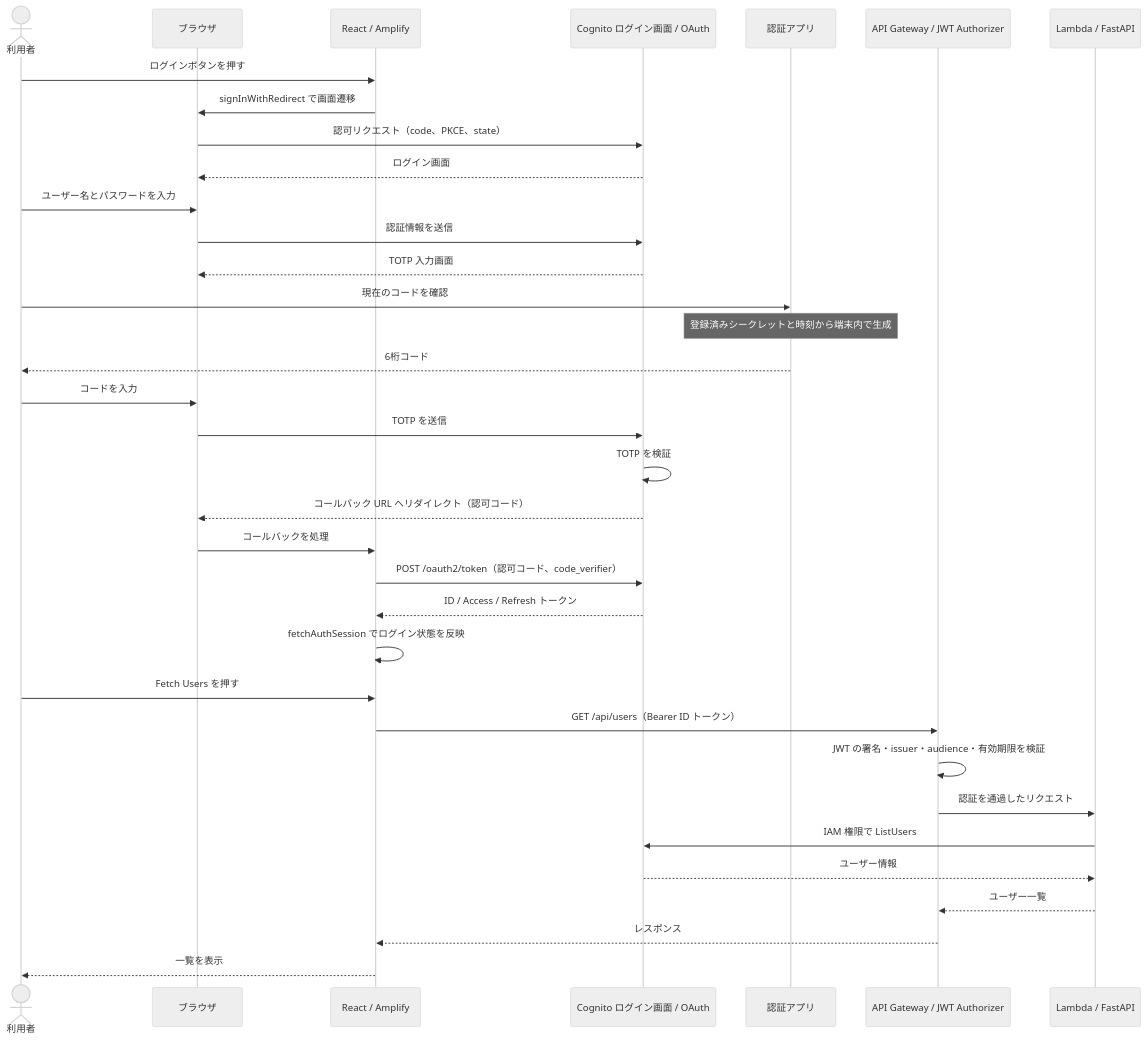
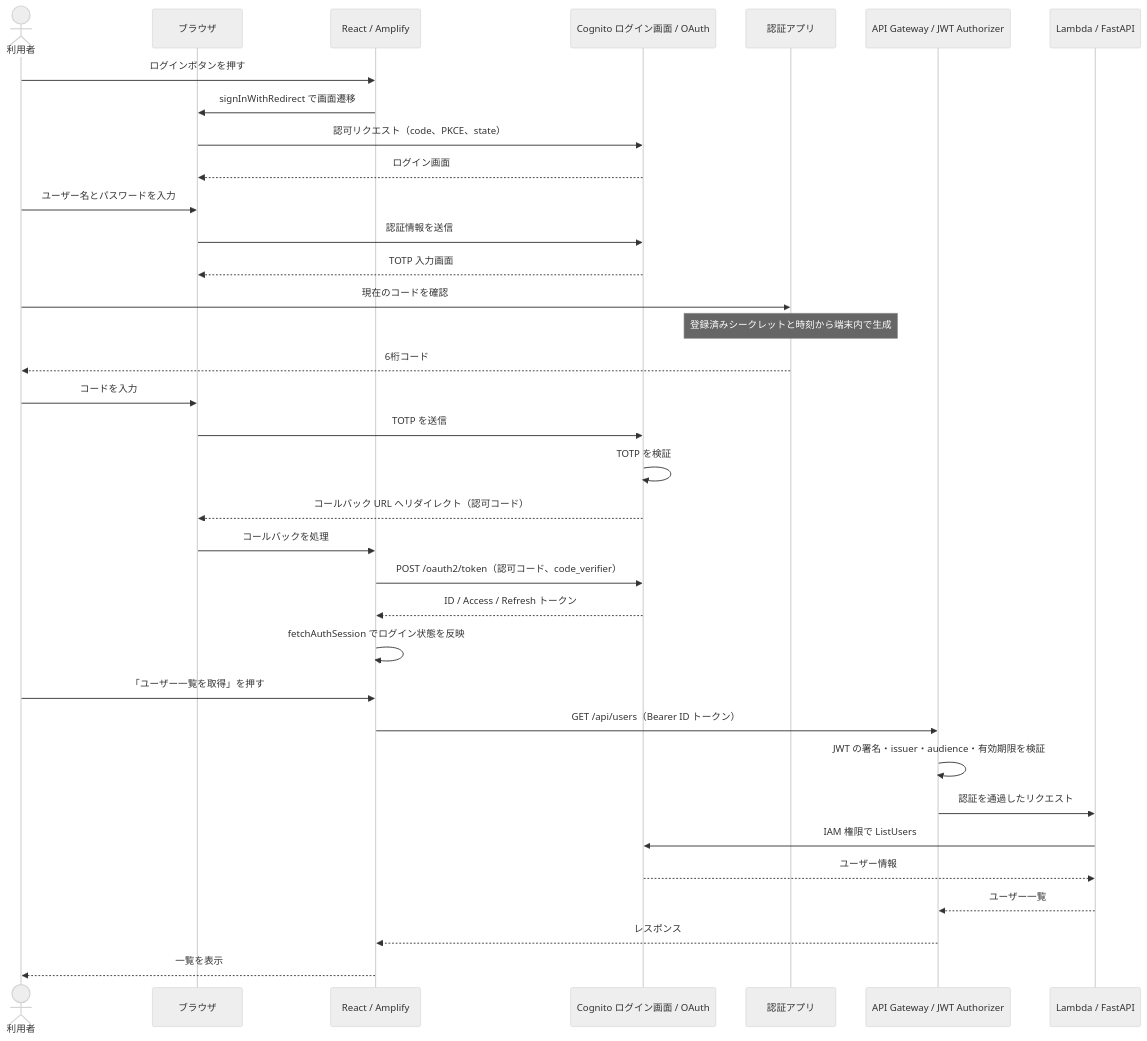
The third of 7 diagrams in docs/mfa-flows.md (tayutaedomo/react-cognito-sandbox), drawn with Mermaid (neutral theme) before and after one commit. The commit also changed other lines of this file and 8 other files, not shown here.

````diff
--- a/docs/mfa-flows.md
+++ b/docs/mfa-flows.md
@@ -93,38 +93,38 @@
 ```mermaid
 sequenceDiagram
     actor U as 利用者
     participant B as ブラウザ
     participant R as React / Amplify
     participant C as Cognito ログイン画面 / OAuth
     participant T as 認証アプリ
     participant G as API Gateway / JWT Authorizer
     participant L as Lambda / FastAPI
 
     U->>R: ログインボタンを押す
     R->>B: signInWithRedirect で画面遷移
     B->>C: 認可リクエスト（code、PKCE、state）
     C-->>B: ログイン画面
     U->>B: ユーザー名とパスワードを入力
     B->>C: 認証情報を送信
     C-->>B: TOTP 入力画面
     U->>T: 現在のコードを確認
     Note over T: 登録済みシークレットと時刻から端末内で生成
     T-->>U: 6桁コード
     U->>B: コードを入力
     B->>C: TOTP を送信
     C->>C: TOTP を検証
     C-->>B: コールバック URL へリダイレクト（認可コード）
     B->>R: コールバックを処理
     R->>C: POST /oauth2/token（認可コード、code_verifier）
     C-->>R: ID / Access / Refresh トークン
     R->>R: fetchAuthSession でログイン状態を反映
-    U->>R: Fetch Users を押す
+    U->>R: 「ユーザー一覧を取得」を押す
     R->>G: GET /api/users（Bearer ID トークン）
     G->>G: JWT の署名・issuer・audience・有効期限を検証
     G->>L: 認証を通過したリクエスト
     L->>C: IAM 権限で ListUsers
     C-->>L: ユーザー情報
     L-->>G: ユーザー一覧
     G-->>R: レスポンス
     R-->>U: 一覧を表示
 ```
````
